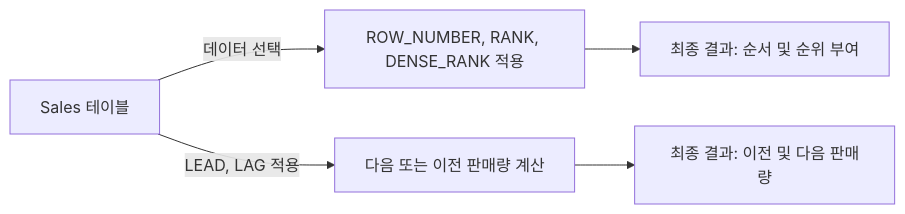
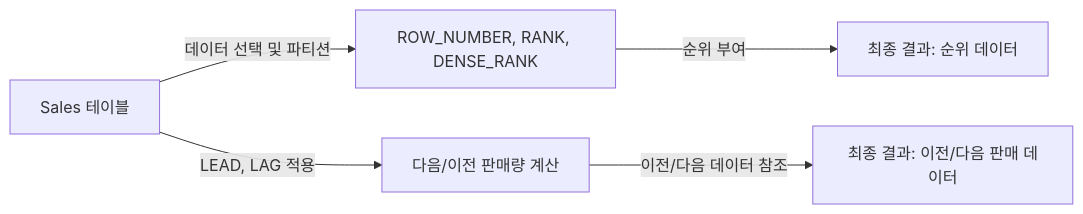
Before and after one commit to data-jeong/FromSQLBasicsToPro-MySQL: the diagram in 2.Intermediate/05_Window_Functions/README.md, drawn with Mermaid. The commit also changed other lines of this file, not shown here.

````diff
--- a/2.Intermediate/05_Window_Functions/README.md
+++ b/2.Intermediate/05_Window_Functions/README.md
@@ -53,7 +56,7 @@
 ```mermaid
 graph LR
-    A[Sales 테이블] -->|데이터 선택| B[ROW_NUMBER, RANK, DENSE_RANK 적용]
-    A -->|LEAD, LAG 적용| C[다음 또는 이전 판매량 계산]
-    B --> D[최종 결과: 순서 및 순위 부여]
-    C --> E[최종 결과: 이전 및 다음 판매량]
+    A[Sales 테이블] -->|데이터 선택 및 파티션| B[ROW_NUMBER, RANK, DENSE_RANK]
+    A -->|LEAD, LAG 적용| C[다음/이전 판매량 계산]
+    B -->|순위 부여| D[최종 결과: 순위 데이터]
+    C -->|이전/다음 데이터 참조| E[최종 결과: 이전/다음 판매 데이터]
 ```
````
